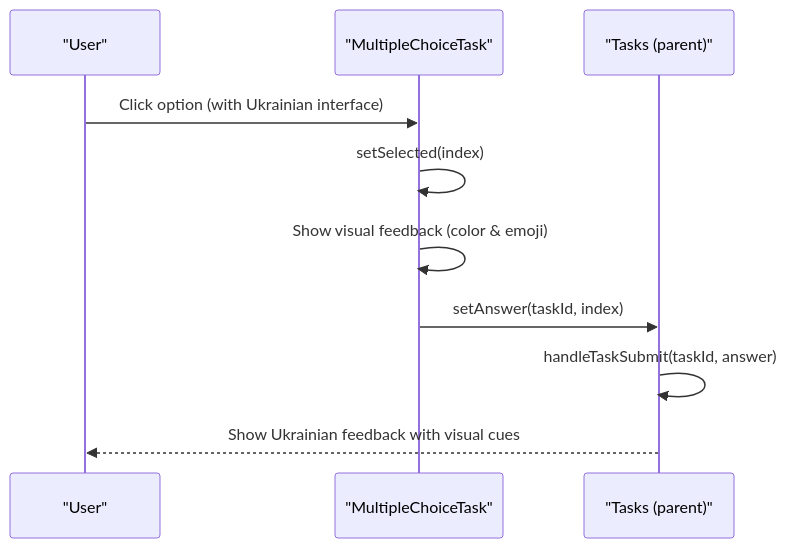
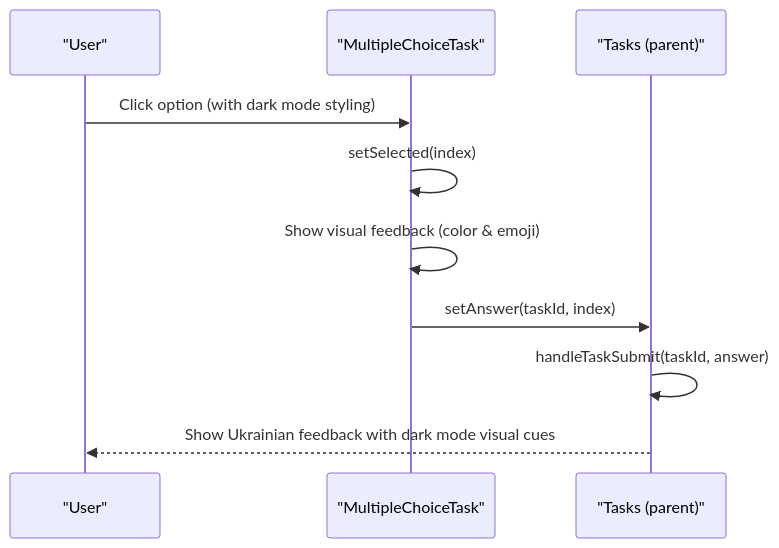
Before and after one commit to AlexKutz/math-app-next-js: the fourth of 12 diagrams in .qoder/repowiki/en/content/Core Features/Learning Interface/Learning Interface.md, drawn with Mermaid. The commit also changed other lines of this file and 125 other files, not shown here.

````diff
--- a/.qoder/repowiki/en/content/Core Features/Learning Interface/Learning Interface.md
+++ b/.qoder/repowiki/en/content/Core Features/Learning Interface/Learning Interface.md
@@ -261,12 +316,12 @@
 ```mermaid
 sequenceDiagram
 participant U as "User"
 participant MC as "MultipleChoiceTask"
 participant P as "Tasks (parent)"
-U->>MC : Click option (with Ukrainian interface)
+U->>MC : Click option (with dark mode styling)
 MC->>MC : setSelected(index)
 MC->>MC : Show visual feedback (color & emoji)
 MC->>P : setAnswer(taskId, index)
 P->>P : handleTaskSubmit(taskId, answer)
-P-->>U : Show Ukrainian feedback with visual cues
+P-->>U : Show Ukrainian feedback with dark mode visual cues
 ```
````
